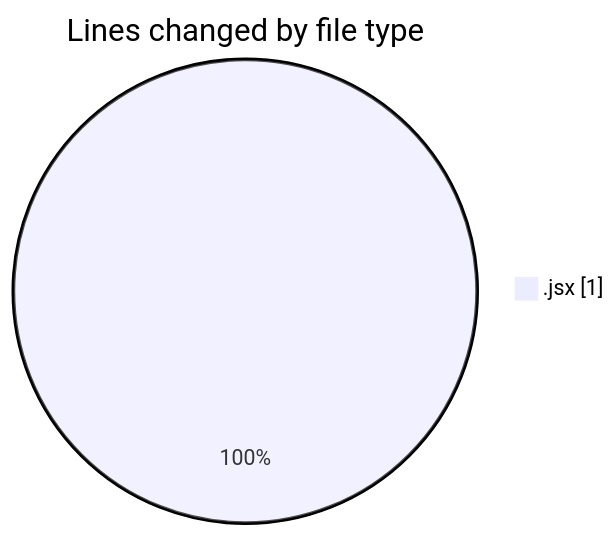
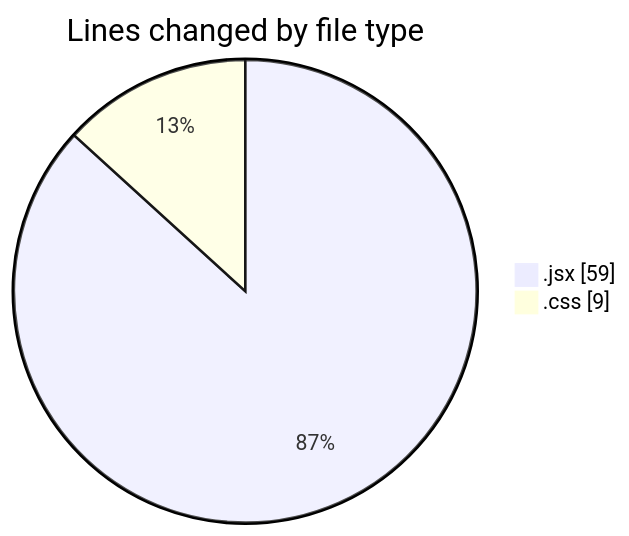
The first of 2 diagrams in 2025-02-04/react/README.md (Elitesun/code-tracking), drawn with Mermaid before and after one commit. The commit also changed other lines of this file and 1 other file, not shown here.

````diff
--- a/2025-02-04/react/README.md
+++ b/2025-02-04/react/README.md
@@ -20,5 +21,6 @@
 ```mermaid
 pie showData
 title Lines changed by file type
-".jsx" : 1
+".jsx" : 59
+".css" : 9
 ```
````
